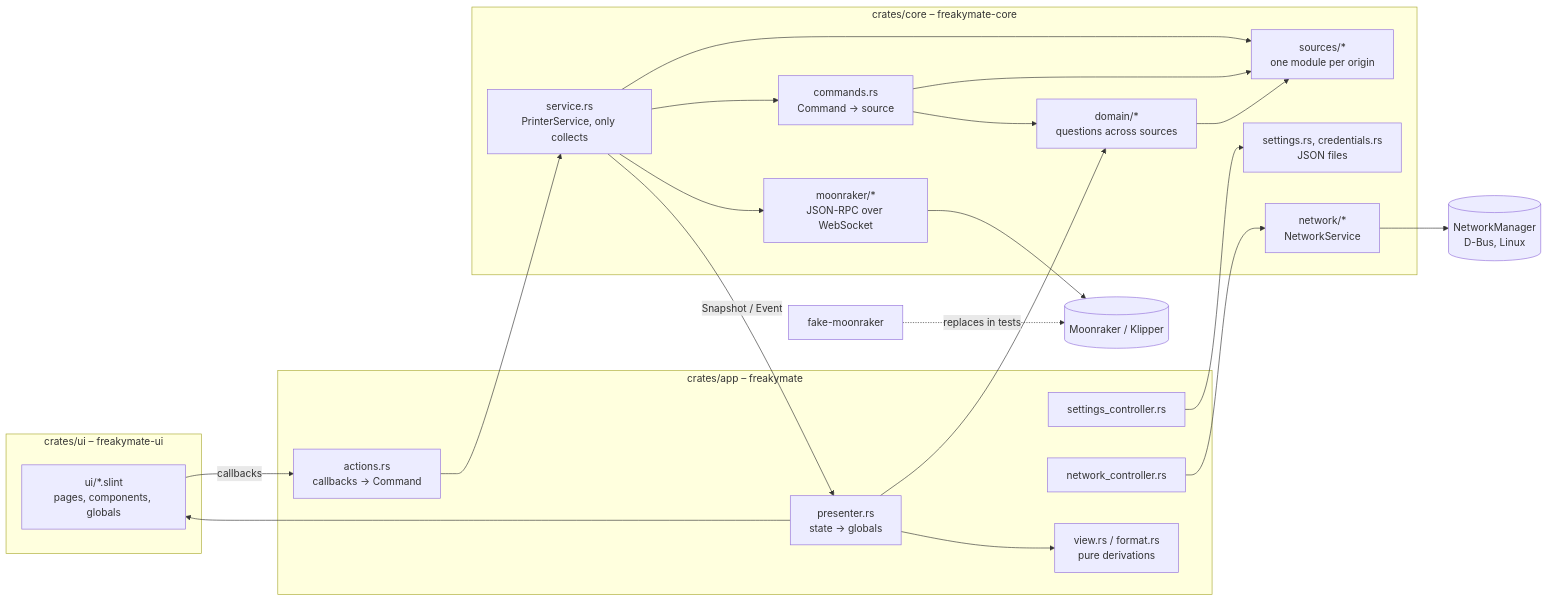
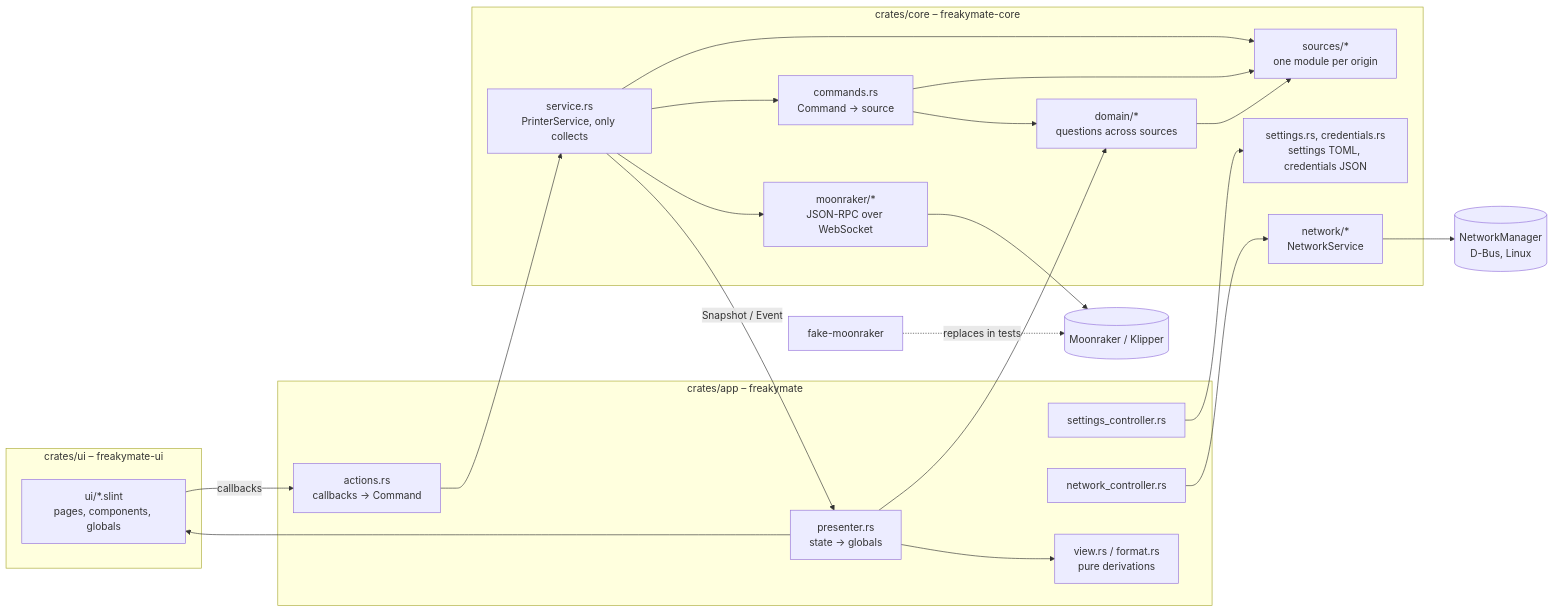
One commit to freakydude/freakymate changed the diagram in docs/architecture.md. Above: the diagram before and after it, drawn with Mermaid. The commit also changed 24 other files, not shown here.

````diff
--- a/docs/architecture.md
+++ b/docs/architecture.md
@@ -8,37 +8,37 @@
 ```mermaid
 flowchart LR
     subgraph ui [crates/ui – freakymate-ui]
         UI[ui/*.slint<br/>pages, components, globals]
     end
     subgraph app [crates/app – freakymate]
         P[presenter.rs<br/>state → globals]
         A[actions.rs<br/>callbacks → Command]
         S[settings_controller.rs]
         N[network_controller.rs]
         V[view.rs / format.rs<br/>pure derivations]
     end
     subgraph core [crates/core – freakymate-core]
         SVC[service.rs<br/>PrinterService, only collects]
         CMD[commands.rs<br/>Command → source]
         DOM[domain/*<br/>questions across sources]
         SRC[sources/*<br/>one module per origin]
         MR[moonraker/*<br/>JSON-RPC over WebSocket]
-        SET[settings.rs, credentials.rs<br/>JSON files]
+        SET[settings.rs, credentials.rs<br/>settings TOML, credentials JSON]
         NET[network/*<br/>NetworkService]
     end
     M[(Moonraker / Klipper)]
     F[fake-moonraker]
     NM[(NetworkManager<br/>D-Bus, Linux)]
 
     UI -- callbacks --> A --> SVC
     SVC -- Snapshot / Event --> P --> UI
     P --> V
     P --> DOM
     S --> SET
     SVC --> CMD --> DOM --> SRC
     CMD --> SRC
     SVC --> SRC
     SVC --> MR --> M
     F -. replaces in tests .-> M
     N --> NET --> NM
 ```
````
